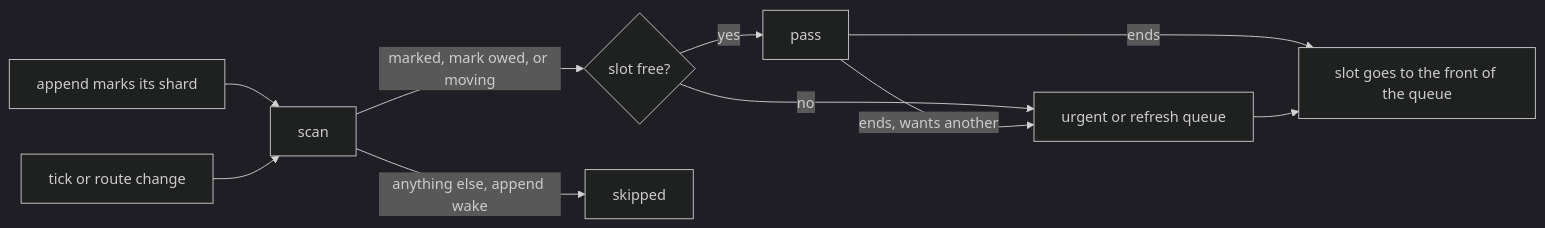
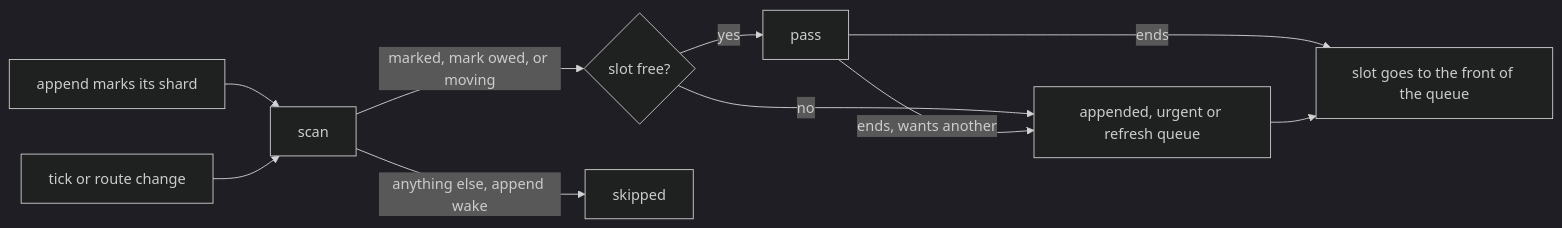
The fifth of 5 diagrams in docs/replication-design.md (GetFelix/felix), drawn with Mermaid (dark theme) before and after one commit. The commit also changed other lines of this file and 7 other files, not shown here.

````diff
--- a/docs/replication-design.md
+++ b/docs/replication-design.md
@@ -3866,12 +3899,12 @@
 ```mermaid
 flowchart LR
   A[append marks its shard] --> S[scan]
   T[tick or route change] --> S
   S -->|marked, mark owed, or moving| W{slot free?}
   S -->|anything else, append wake| X[skipped]
   W -->|yes| P[pass]
-  W -->|no| Q[urgent or refresh queue]
+  W -->|no| Q[appended, urgent or refresh queue]
   P -->|ends, wants another| Q
   P -->|ends| F[slot goes to the front of the queue]
   Q --> F
 ```
````
